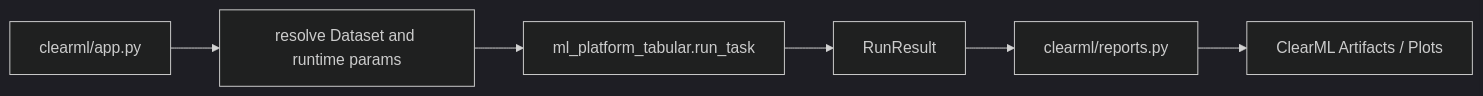
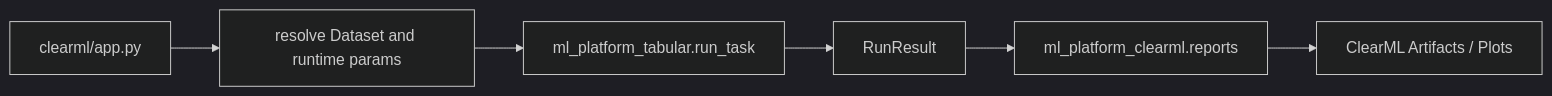
The second of 2 diagrams in docs/ml_platform_mkdocs/docs/architecture/overview.md (dkawa2523/ml_platform), drawn with Mermaid (dark theme) before and after one commit. The commit also changed 204 other files, not shown here.

Commit message:
simplify platform architecture and harden quality gates

````diff
--- a/docs/ml_platform_mkdocs/docs/architecture/overview.md
+++ b/docs/ml_platform_mkdocs/docs/architecture/overview.md
@@ -34,8 +34,8 @@
 ```mermaid
 graph LR
   A[clearml/app.py] --> B[resolve Dataset and runtime params]
   B --> C[ml_platform_tabular.run_task]
   C --> D[RunResult]
-  D --> E[clearml/reports.py]
+  D --> E[ml_platform_clearml.reports]
   E --> F[ClearML Artifacts / Plots]
 ```
````
